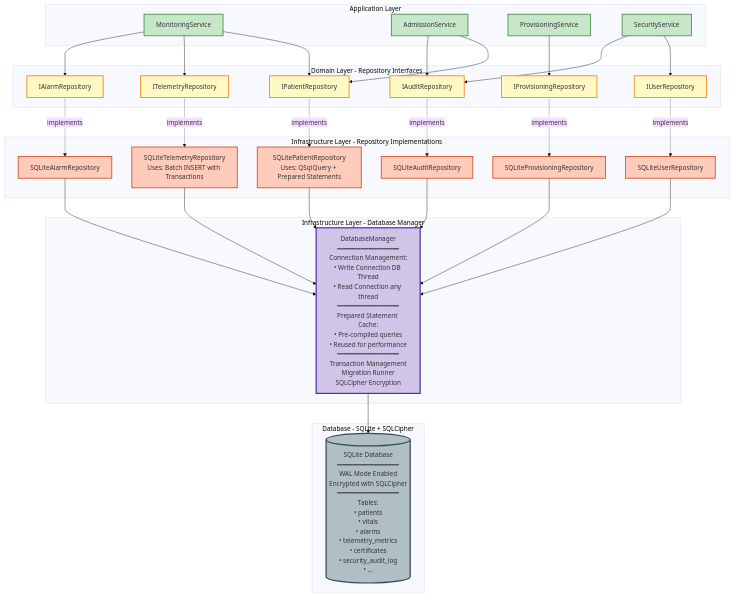
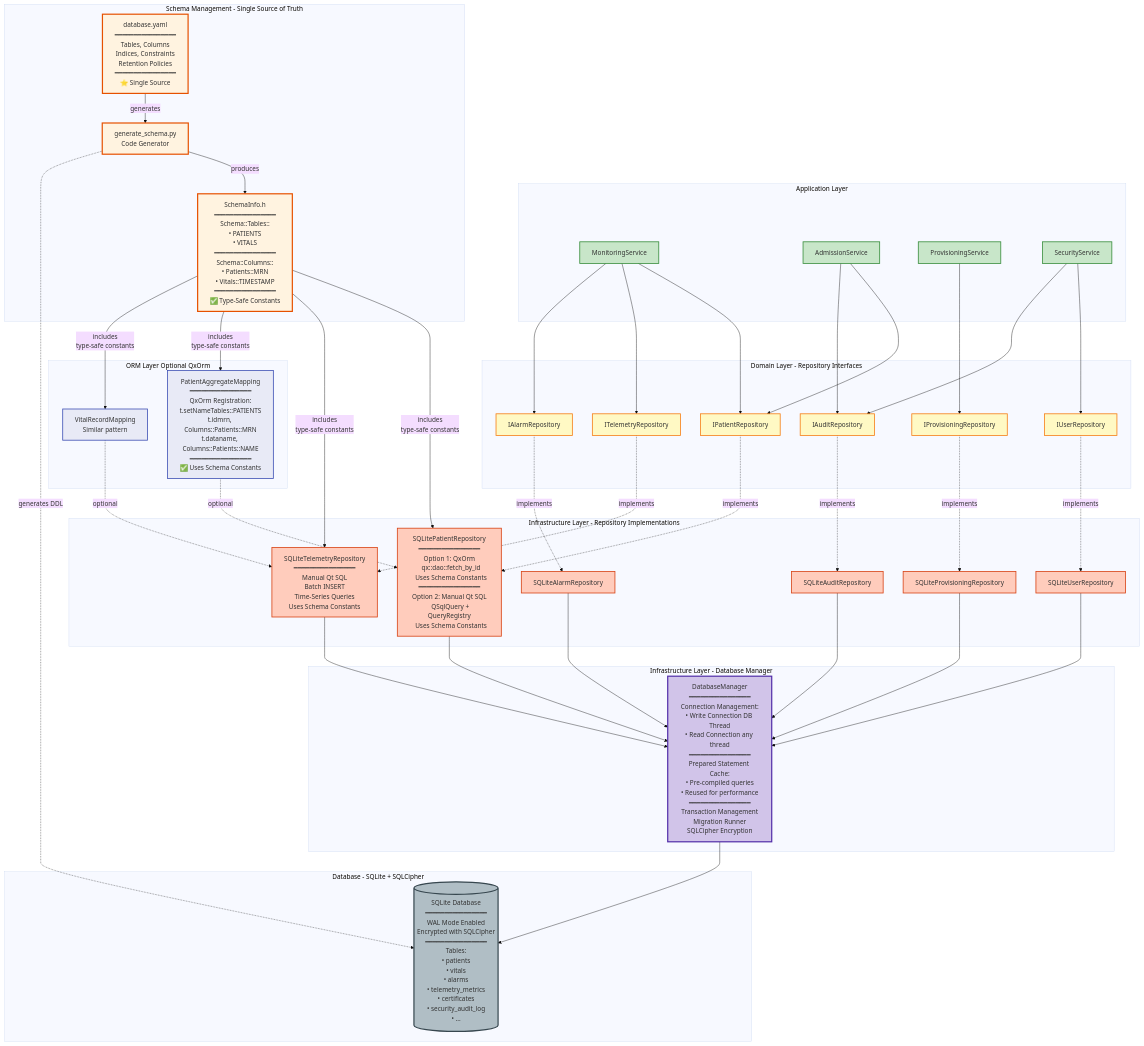
Before and after one commit to ngdzu/qtapp: the diagram in project-dashboard/doc/z-monitor/architecture_and_design/30_DATABASE_ACCESS_STRATEGY.mmd, drawn with Mermaid (base theme). The commit also changed 9 other files, not shown here.

Commit message:
Update database integration with ORM

```diff
--- a/project-dashboard/doc/z-monitor/architecture_and_design/30_DATABASE_ACCESS_STRATEGY.mmd
+++ b/project-dashboard/doc/z-monitor/architecture_and_design/30_DATABASE_ACCESS_STRATEGY.mmd
@@ -1,75 +1,107 @@
 graph TB
     subgraph "Application Layer"
         MonitoringService[MonitoringService]
         AdmissionService[AdmissionService]
         ProvisioningService[ProvisioningService]
         SecurityService[SecurityService]
     end
 
     subgraph "Domain Layer - Repository Interfaces"
         IPatientRepo[IPatientRepository]
         ITelemetryRepo[ITelemetryRepository]
         IAlarmRepo[IAlarmRepository]
         IProvisioningRepo[IProvisioningRepository]
         IUserRepo[IUserRepository]
         IAuditRepo[IAuditRepository]
     end
 
+    subgraph "Schema Management - Single Source of Truth"
+        SchemaYAML[database.yaml<br/>━━━━━━━━━━━━━━━━<br/>Tables, Columns<br/>Indices, Constraints<br/>Retention Policies<br/>━━━━━━━━━━━━━━━━<br/>⭐ Single Source]
+        SchemaGen[generate_schema.py<br/>Code Generator]
+        SchemaH[SchemaInfo.h<br/>━━━━━━━━━━━━━━━━<br/>Schema::Tables::<br/>• PATIENTS<br/>• VITALS<br/>━━━━━━━━━━━━━━━━<br/>Schema::Columns::<br/>• Patients::MRN<br/>• Vitals::TIMESTAMP<br/>━━━━━━━━━━━━━━━━<br/>✅ Type-Safe Constants]
+    end
+
     subgraph "Infrastructure Layer - Repository Implementations"
-        SQLitePatientRepo[SQLitePatientRepository<br/>Uses: QSqlQuery + Prepared Statements]
-        SQLiteTelemetryRepo[SQLiteTelemetryRepository<br/>Uses: Batch INSERT with Transactions]
+        SQLitePatientRepo[SQLitePatientRepository<br/>━━━━━━━━━━━━━━━━<br/>Option 1: QxOrm<br/>  qx::dao::fetch_by_id<br/>  Uses Schema Constants<br/>━━━━━━━━━━━━━━━━<br/>Option 2: Manual Qt SQL<br/>  QSqlQuery + QueryRegistry<br/>  Uses Schema Constants]
+        SQLiteTelemetryRepo[SQLiteTelemetryRepository<br/>━━━━━━━━━━━━━━━━<br/>Manual Qt SQL<br/>Batch INSERT<br/>Time-Series Queries<br/>Uses Schema Constants]
         SQLiteAlarmRepo[SQLiteAlarmRepository]
         SQLiteProvisioningRepo[SQLiteProvisioningRepository]
         SQLiteUserRepo[SQLiteUserRepository]
         SQLiteAuditRepo[SQLiteAuditRepository]
+    end
+
+    subgraph "ORM Layer Optional QxOrm"
+        OrmPatient[PatientAggregateMapping<br/>━━━━━━━━━━━━━━━━<br/>QxOrm Registration:<br/>t.setNameTables::PATIENTS<br/>t.idmrn, Columns::Patients::MRN<br/>t.dataname, Columns::Patients::NAME<br/>━━━━━━━━━━━━━━━━<br/>✅ Uses Schema Constants]
+        OrmVital[VitalRecordMapping<br/>Similar pattern]
     end
 
     subgraph "Infrastructure Layer - Database Manager"
         DBManager[DatabaseManager<br/>━━━━━━━━━━━━━━━━<br/>Connection Management:<br/>• Write Connection DB Thread<br/>• Read Connection any thread<br/>━━━━━━━━━━━━━━━━<br/>Prepared Statement Cache:<br/>• Pre-compiled queries<br/>• Reused for performance<br/>━━━━━━━━━━━━━━━━<br/>Transaction Management<br/>Migration Runner<br/>SQLCipher Encryption]
     end
 
     subgraph "Database - SQLite + SQLCipher"
         DB[(SQLite Database<br/>━━━━━━━━━━━━━━━━<br/>WAL Mode Enabled<br/>Encrypted with SQLCipher<br/>━━━━━━━━━━━━━━━━<br/>Tables:<br/>• patients<br/>• vitals<br/>• alarms<br/>• telemetry_metrics<br/>• certificates<br/>• security_audit_log<br/>• ...)]
     end
+    
+    %% Schema workflow
+    SchemaYAML -->|generates| SchemaGen
+    SchemaGen -->|produces| SchemaH
 
     %% Application Services depend on Repository Interfaces
     MonitoringService --> IPatientRepo
     MonitoringService --> ITelemetryRepo
     MonitoringService --> IAlarmRepo
     AdmissionService --> IPatientRepo
     AdmissionService --> IAuditRepo
     ProvisioningService --> IProvisioningRepo
     SecurityService --> IUserRepo
     SecurityService --> IAuditRepo
 
     %% Repository Interfaces implemented by Infrastructure
     IPatientRepo -.implements.-> SQLitePatientRepo
     ITelemetryRepo -.implements.-> SQLiteTelemetryRepo
     IAlarmRepo -.implements.-> SQLiteAlarmRepo
     IProvisioningRepo -.implements.-> SQLiteProvisioningRepo
     IUserRepo -.implements.-> SQLiteUserRepo
     IAuditRepo -.implements.-> SQLiteAuditRepo
 
+    %% Schema constants used by repositories and ORM
+    SchemaH -->|"includes<br/>type-safe constants"| SQLitePatientRepo
+    SchemaH -->|"includes<br/>type-safe constants"| SQLiteTelemetryRepo
+    SchemaH -->|"includes<br/>type-safe constants"| OrmPatient
+    SchemaH -->|"includes<br/>type-safe constants"| OrmVital
+
+    %% ORM used by repositories (optional)
+    OrmPatient -.optional.-> SQLitePatientRepo
+    OrmVital -.optional.-> SQLiteTelemetryRepo
+
     %% All Repository Implementations use DatabaseManager
     SQLitePatientRepo --> DBManager
     SQLiteTelemetryRepo --> DBManager
     SQLiteAlarmRepo --> DBManager
     SQLiteProvisioningRepo --> DBManager
     SQLiteUserRepo --> DBManager
     SQLiteAuditRepo --> DBManager
 
     %% DatabaseManager accesses SQLite
     DBManager --> DB
+    
+    %% Schema generates DDL for database
+    SchemaGen -.generates DDL.-> DB
 
     %% Styling
     classDef appService fill:#c8e6c9,stroke:#388e3c,stroke-width:2px
     classDef repoInterface fill:#fff9c4,stroke:#f57f17,stroke-width:2px
     classDef repoImpl fill:#ffccbc,stroke:#d84315,stroke-width:2px
     classDef dbManager fill:#d1c4e9,stroke:#512da8,stroke-width:3px
     classDef database fill:#b0bec5,stroke:#37474f,stroke-width:3px
+    classDef schema fill:#fff3e0,stroke:#e65100,stroke-width:3px
+    classDef orm fill:#e8eaf6,stroke:#3f51b5,stroke-width:2px
 
     class MonitoringService,AdmissionService,ProvisioningService,SecurityService appService
     class IPatientRepo,ITelemetryRepo,IAlarmRepo,IProvisioningRepo,IUserRepo,IAuditRepo repoInterface
     class SQLitePatientRepo,SQLiteTelemetryRepo,SQLiteAlarmRepo,SQLiteProvisioningRepo,SQLiteUserRepo,SQLiteAuditRepo repoImpl
     class DBManager dbManager
     class DB database
+    class SchemaYAML,SchemaGen,SchemaH schema
+    class OrmPatient,OrmVital orm
```
